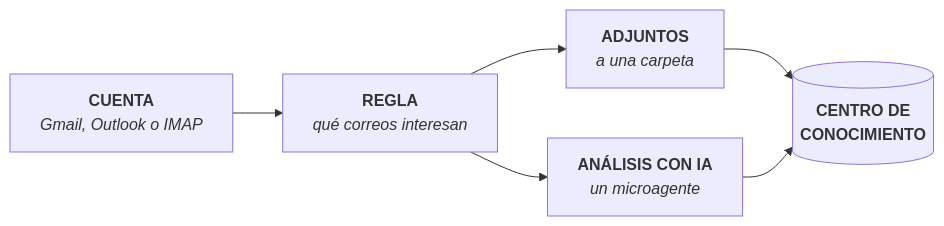
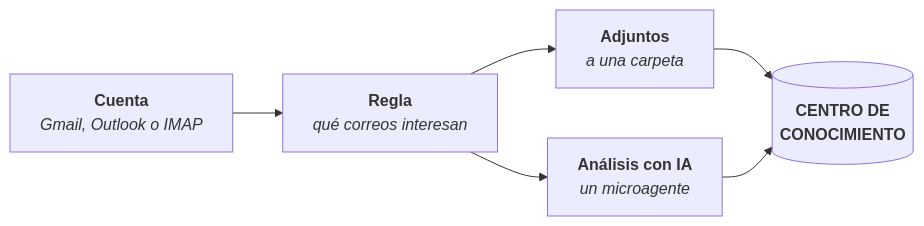
Before and after one commit to akui-solutions/consul-point-docs: the diagram in docs/bandeja-inteligente/bandeja-inteligente-overview.md, drawn with Mermaid. The commit also changed other lines of this file and 60 other files, not shown here.

````diff
--- a/docs/bandeja-inteligente/bandeja-inteligente-overview.md
+++ b/docs/bandeja-inteligente/bandeja-inteligente-overview.md
@@ -29,8 +26,8 @@
 ```mermaid
 flowchart LR
-    A["<b>CUENTA</b><br/><i>Gmail, Outlook o IMAP</i>"] --> B["<b>REGLA</b><br/><i>qué correos interesan</i>"]
-    B --> C["<b>ADJUNTOS</b><br/><i>a una carpeta</i>"]
-    B --> D["<b>ANÁLISIS CON IA</b><br/><i>un microagente</i>"]
+    A["<b>Cuenta</b><br/><i>Gmail, Outlook o IMAP</i>"] --> B["<b>Regla</b><br/><i>qué correos interesan</i>"]
+    B --> C["<b>Adjuntos</b><br/><i>a una carpeta</i>"]
+    B --> D["<b>Análisis con IA</b><br/><i>un microagente</i>"]
     C --> K[("<b>CENTRO DE<br/>CONOCIMIENTO</b>")]
     D --> K
 ```
````
